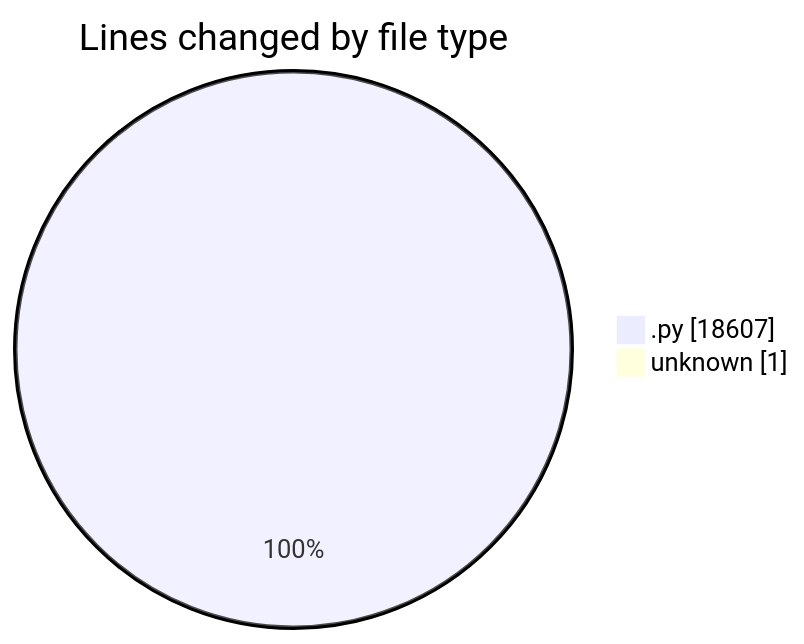
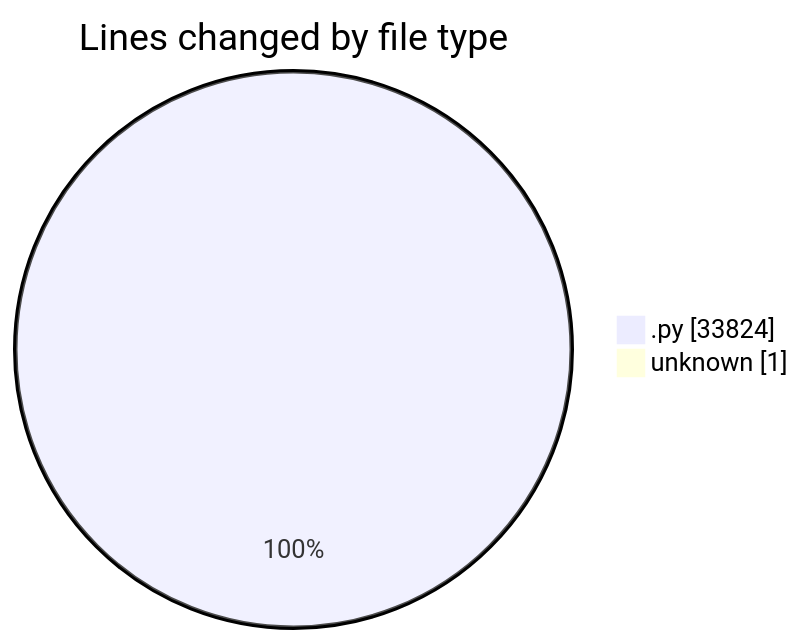
Before and after one commit to julien-gomy/code-tracking: the first of 2 diagrams in 2025-11-22/eventscop-api-guide__workspace_/README.md, drawn with Mermaid. The commit also changed other lines of this file and 1 other file, not shown here.

````diff
--- a/2025-11-22/eventscop-api-guide__workspace_/README.md
+++ b/2025-11-22/eventscop-api-guide__workspace_/README.md
@@ -30,6 +32,6 @@
 ```mermaid
 pie showData
 title Lines changed by file type
-".py" : 18607
+".py" : 33824
 "unknown" : 1
 ```
````
